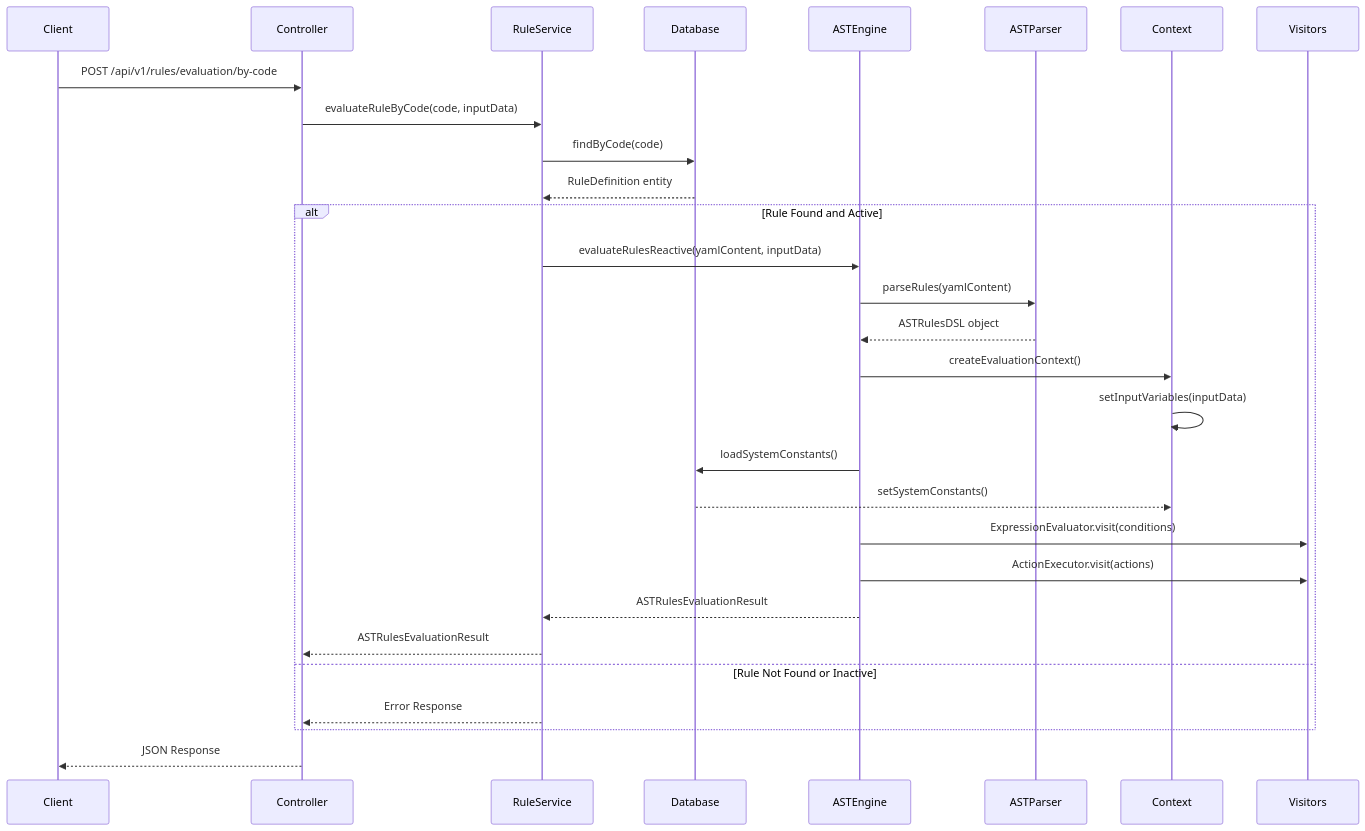
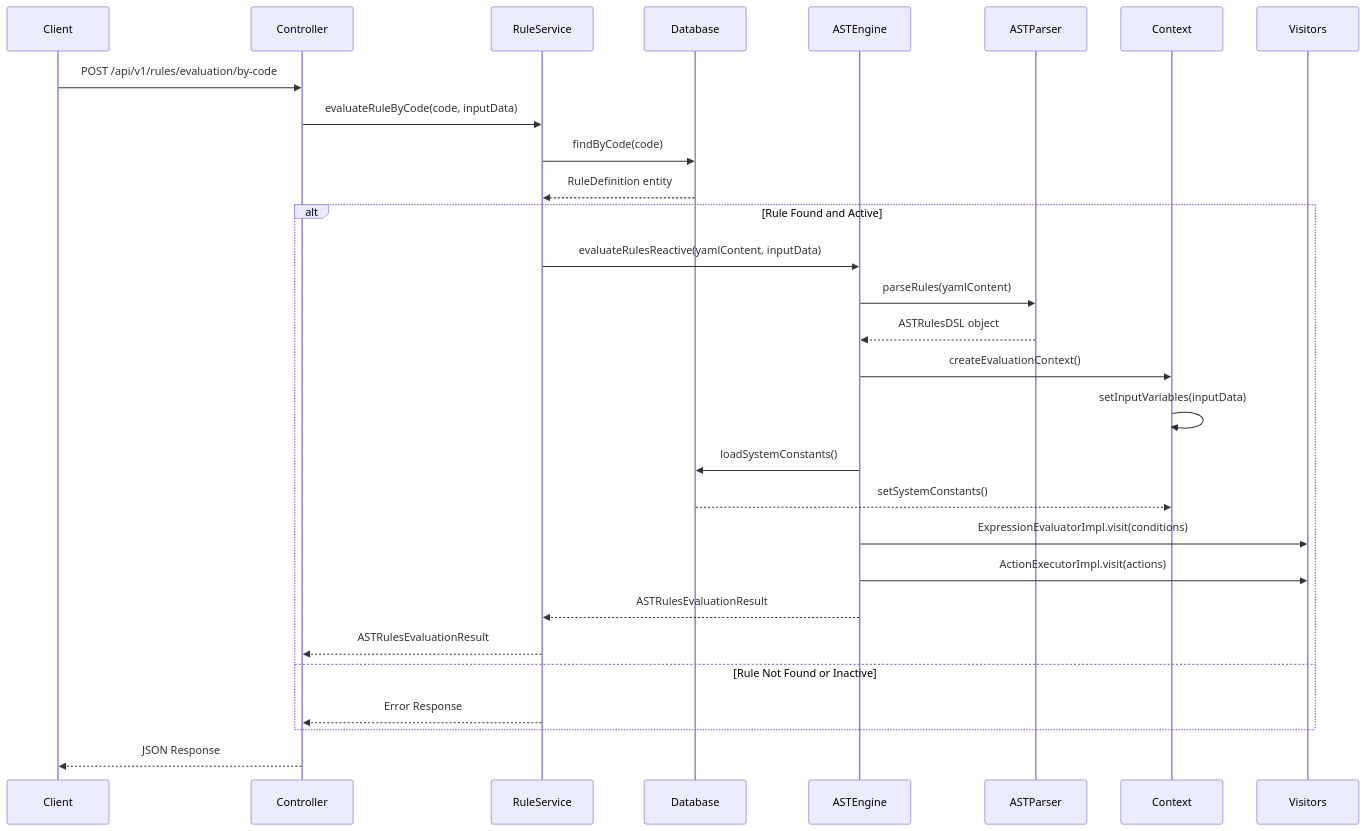
Before and after one commit to fireflyframework/fireflyframework-jafly: the fourth of 10 diagrams in modules/rule-engine/docs/architecture.md, drawn with Mermaid. The commit also changed other lines of this file and 1166 other files, not shown here.

````diff
--- a/modules/rule-engine/docs/architecture.md
+++ b/modules/rule-engine/docs/architecture.md
@@ -309,36 +309,36 @@
 ```mermaid
 sequenceDiagram
     participant Client
     participant Controller
     participant RuleService
     participant Database
     participant ASTEngine
     participant ASTParser
     participant Context
     participant Visitors
 
     Client->>Controller: POST /api/v1/rules/evaluation/by-code
     Controller->>RuleService: evaluateRuleByCode(code, inputData)
     RuleService->>Database: findByCode(code)
     Database-->>RuleService: RuleDefinition entity
 
     alt Rule Found and Active
         RuleService->>ASTEngine: evaluateRulesReactive(yamlContent, inputData)
         ASTEngine->>ASTParser: parseRules(yamlContent)
         ASTParser-->>ASTEngine: ASTRulesDSL object
         ASTEngine->>Context: createEvaluationContext()
         Context->>Context: setInputVariables(inputData)
 
         ASTEngine->>Database: loadSystemConstants()
         Database-->>Context: setSystemConstants()
 
-        ASTEngine->>Visitors: ExpressionEvaluator.visit(conditions)
-        ASTEngine->>Visitors: ActionExecutor.visit(actions)
+        ASTEngine->>Visitors: ExpressionEvaluatorImpl.visit(conditions)
+        ASTEngine->>Visitors: ActionExecutorImpl.visit(actions)
         ASTEngine-->>RuleService: ASTRulesEvaluationResult
         RuleService-->>Controller: ASTRulesEvaluationResult
     else Rule Not Found or Inactive
         RuleService-->>Controller: Error Response
     end
 
     Controller-->>Client: JSON Response
 ```
````
